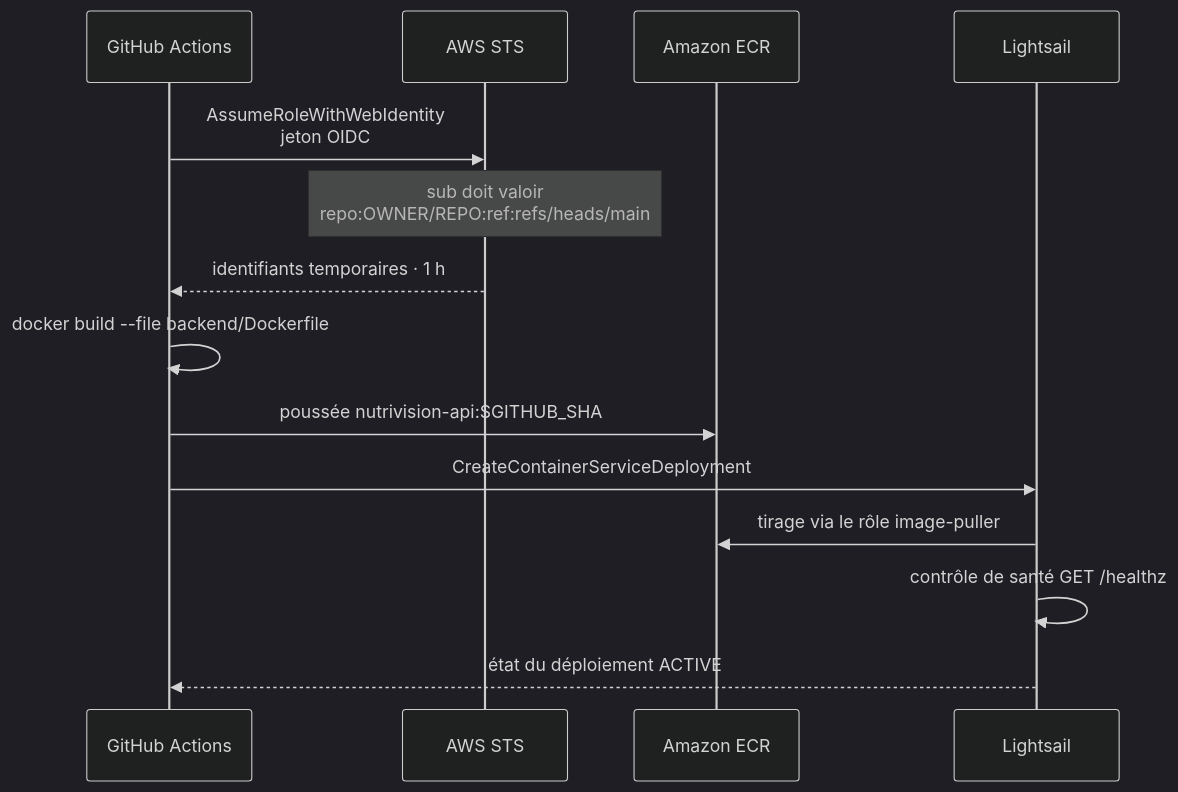
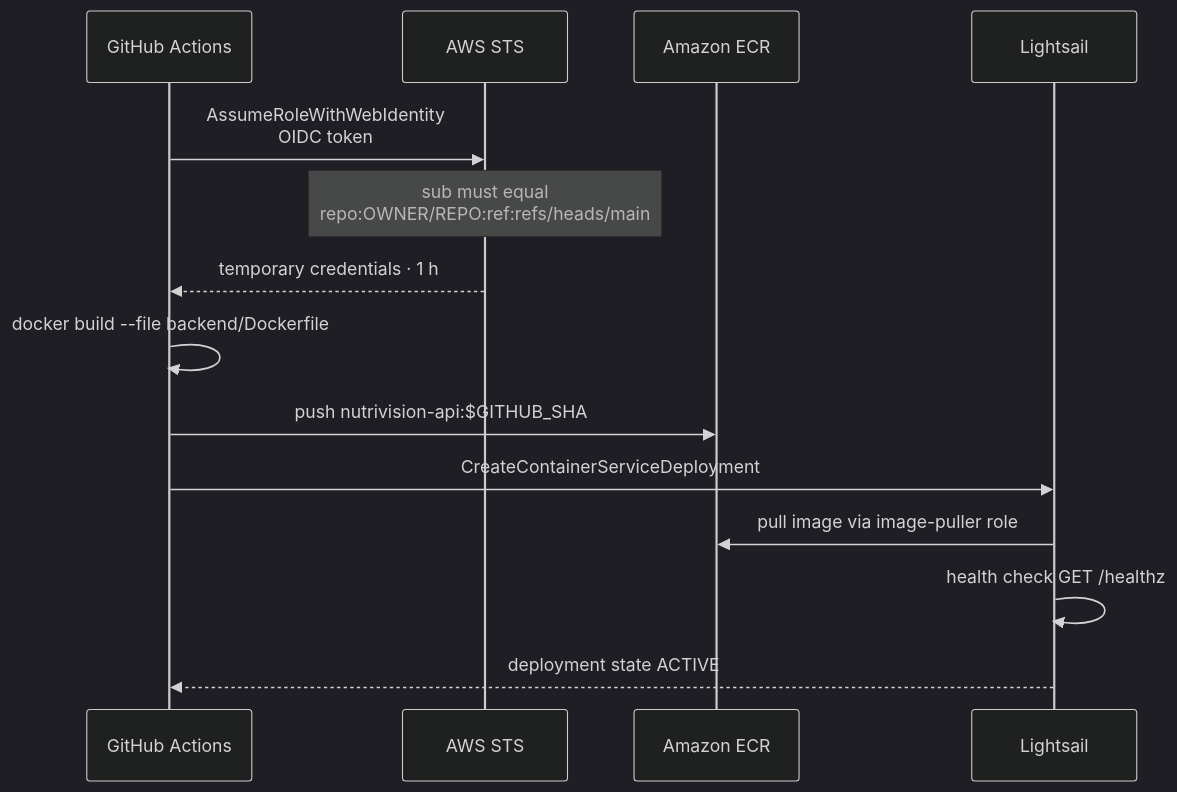
One commit to Zen-Daitsu/Nutrivision changed the third of 5 diagrams in README.md. Above: the diagram before and after it, drawn with Mermaid (dark theme). The commit also changed other lines of this file, not shown here.

````diff
--- a/README.md
+++ b/README.md
@@ -128,17 +128,17 @@
 ```mermaid
 sequenceDiagram
     participant GH as GitHub Actions
     participant STS as AWS STS
     participant ECR as Amazon ECR
     participant LS as Lightsail
 
-    GH->>STS: AssumeRoleWithWebIdentity<br/>jeton OIDC
-    Note over STS: sub doit valoir<br/>repo:OWNER/REPO:ref:refs/heads/main
-    STS-->>GH: identifiants temporaires · 1 h
+    GH->>STS: AssumeRoleWithWebIdentity<br/>OIDC token
+    Note over STS: sub must equal<br/>repo:OWNER/REPO:ref:refs/heads/main
+    STS-->>GH: temporary credentials · 1 h
     GH->>GH: docker build --file backend/Dockerfile
-    GH->>ECR: poussée nutrivision-api:$GITHUB_SHA
+    GH->>ECR: push nutrivision-api:$GITHUB_SHA
     GH->>LS: CreateContainerServiceDeployment
-    LS->>ECR: tirage via le rôle image-puller
-    LS->>LS: contrôle de santé GET /healthz
-    LS-->>GH: état du déploiement ACTIVE
+    LS->>ECR: pull image via image-puller role
+    LS->>LS: health check GET /healthz
+    LS-->>GH: deployment state ACTIVE
 ```
````
